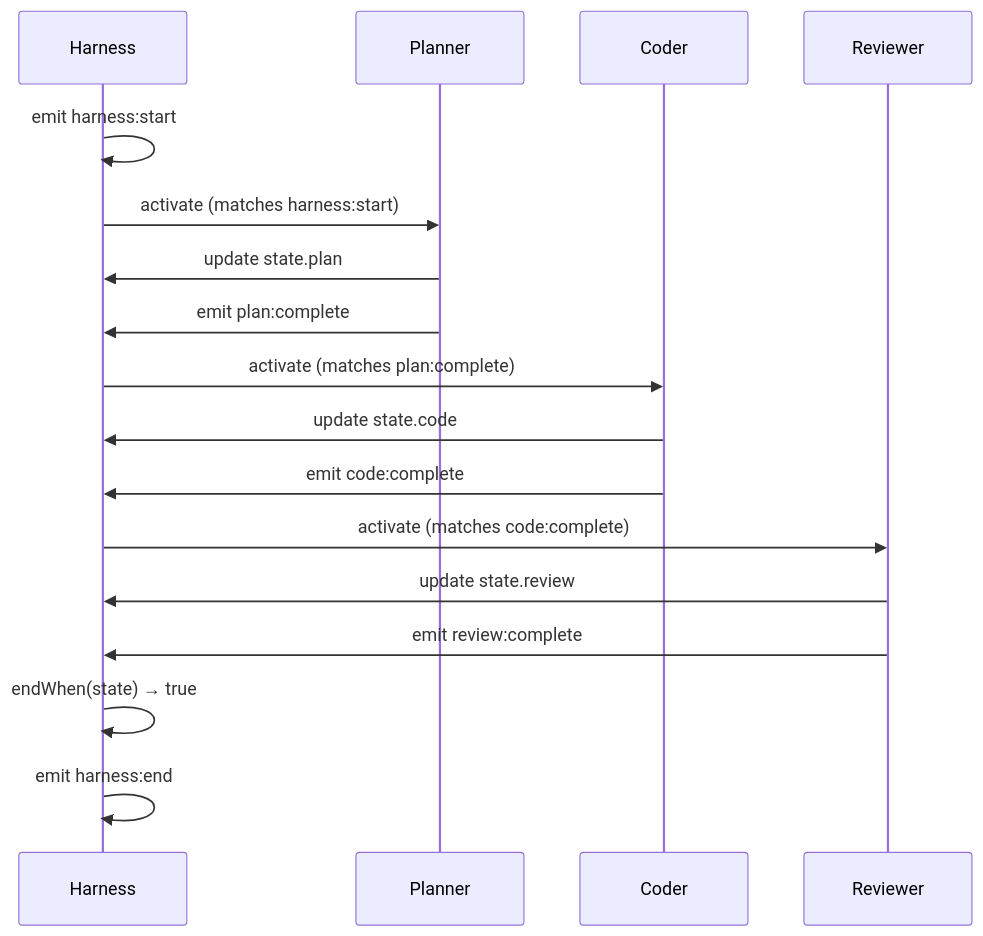
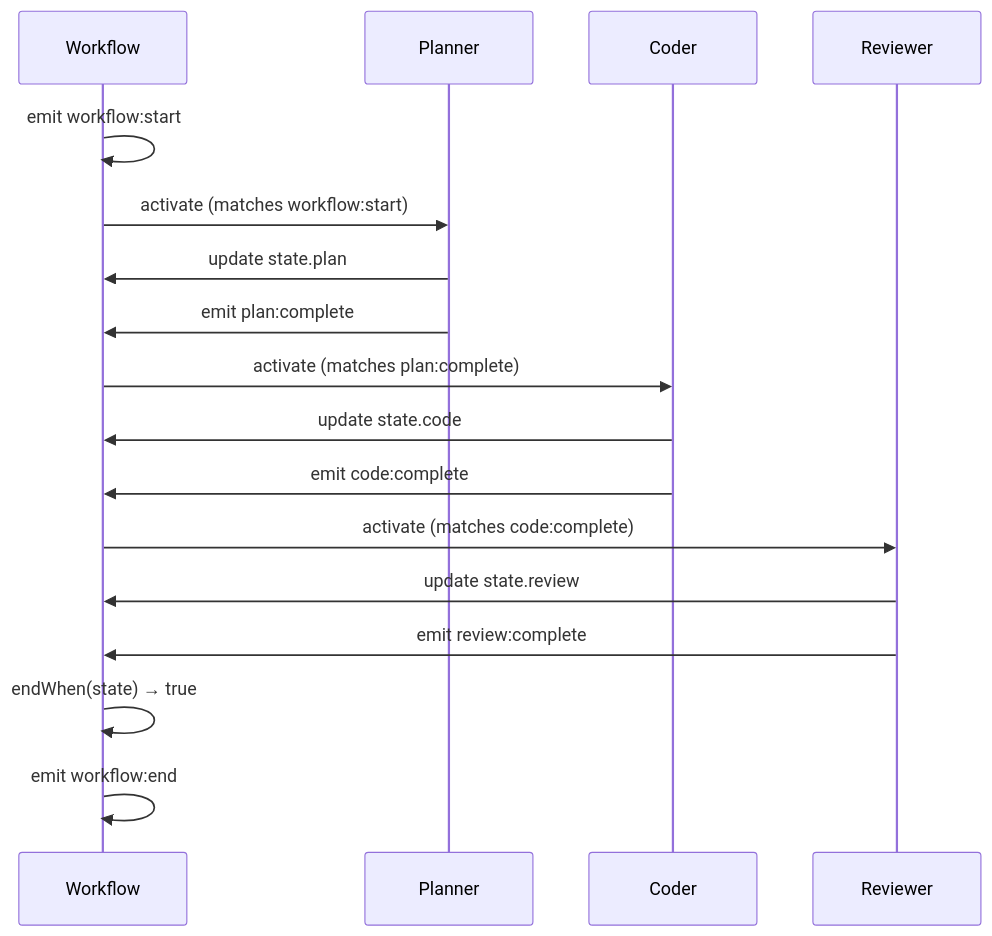
One commit to Open-Harness/open-harness changed the second of 2 diagrams in apps/docs/content/docs/learn/multi-agent-flow.mdx. Above: the diagram before and after it, drawn with Mermaid. The commit also changed other lines of this file and 138 other files, not shown here.

````diff
--- a/apps/docs/content/docs/learn/multi-agent-flow.mdx
+++ b/apps/docs/content/docs/learn/multi-agent-flow.mdx
@@ -89,20 +89,20 @@
 ```mermaid
 sequenceDiagram
-    participant H as Harness
+    participant W as Workflow
     participant P as Planner
     participant C as Coder
     participant R as Reviewer
 
-    H->>H: emit harness:start
-    H->>P: activate (matches harness:start)
-    P->>H: update state.plan
-    P->>H: emit plan:complete
-    H->>C: activate (matches plan:complete)
-    C->>H: update state.code
-    C->>H: emit code:complete
-    H->>R: activate (matches code:complete)
-    R->>H: update state.review
-    R->>H: emit review:complete
-    H->>H: endWhen(state) → true
-    H->>H: emit harness:end
+    W->>W: emit workflow:start
+    W->>P: activate (matches workflow:start)
+    P->>W: update state.plan
+    P->>W: emit plan:complete
+    W->>C: activate (matches plan:complete)
+    C->>W: update state.code
+    C->>W: emit code:complete
+    W->>R: activate (matches code:complete)
+    R->>W: update state.review
+    R->>W: emit review:complete
+    W->>W: endWhen(state) → true
+    W->>W: emit workflow:end
 ```
````
